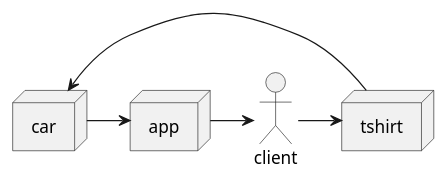
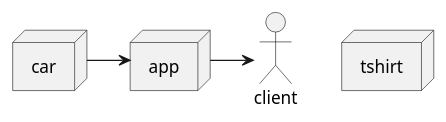
The diagram in test.iuml (ramaaorella/test), drawn with PlantUML before and after one commit.

```diff
--- a/test.iuml
+++ b/test.iuml
@@ -1,11 +1,10 @@
 @startuml testt
 actor client
 node app
 node car
 node tshirt
 
 car -> app
 app -> client
-client -> tshirt
-tshirt -> car
+
 @enduml
```
